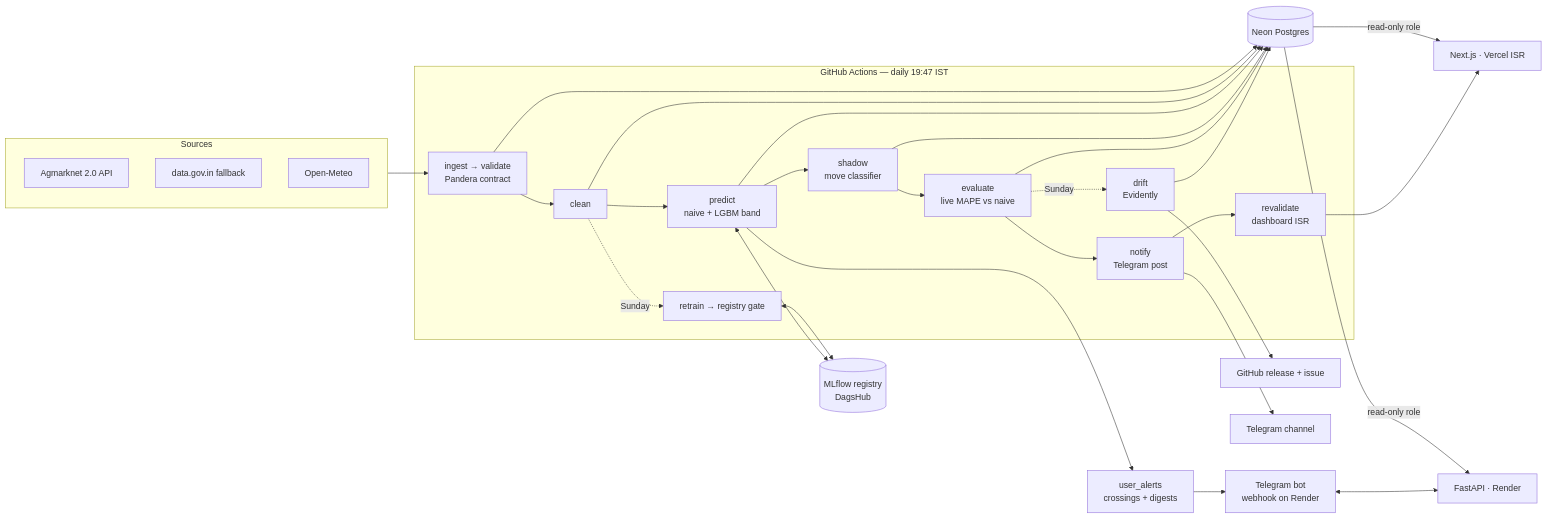
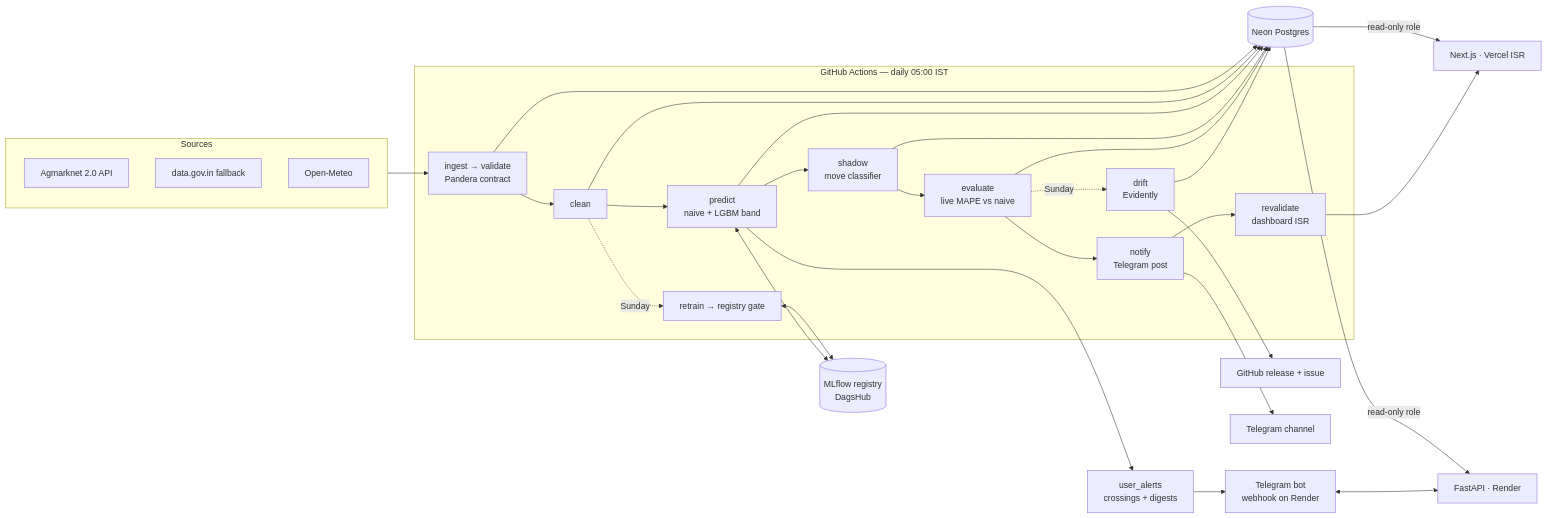
One commit to sayandp/kerala-crop-forecaster changed the diagram in README.md. Above: the diagram before and after it, drawn with Mermaid. The commit also changed other lines of this file and 18 other files, not shown here.

````diff
--- a/README.md
+++ b/README.md
@@ -51,30 +51,30 @@
 ```mermaid
 flowchart LR
   subgraph sources[Sources]
     AG[Agmarknet 2.0 API]
     DG[data.gov.in fallback]
     OM[Open-Meteo]
   end
-  subgraph gha["GitHub Actions — daily 19:47 IST"]
+  subgraph gha["GitHub Actions — daily 05:00 IST"]
     I[ingest → validate<br/>Pandera contract] --> C[clean]
     C --> P[predict<br/>naive + LGBM band]
     P --> S[shadow<br/>move classifier]
     S --> E[evaluate<br/>live MAPE vs naive]
     E --> N[notify<br/>Telegram post]
     N --> R[revalidate<br/>dashboard ISR]
     C -. Sunday .-> RT[retrain → registry gate]
     E -. Sunday .-> D[drift<br/>Evidently]
   end
   sources --> I
   RT <--> ML[(MLflow registry<br/>DagsHub)]
   P <--> ML
   I & C & P & S & E & D --> DB[(Neon Postgres)]
   D --> GH[GitHub release + issue]
   DB -- read-only role --> API[FastAPI · Render]
   DB -- read-only role --> WEB[Next.js · Vercel ISR]
   N --> TG[Telegram channel]
   P --> UA[user_alerts<br/>crossings + digests]
   UA --> BOT
   BOT[Telegram bot<br/>webhook on Render] <--> API
   R --> WEB
 ```
````
